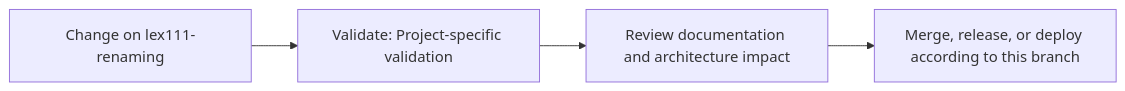
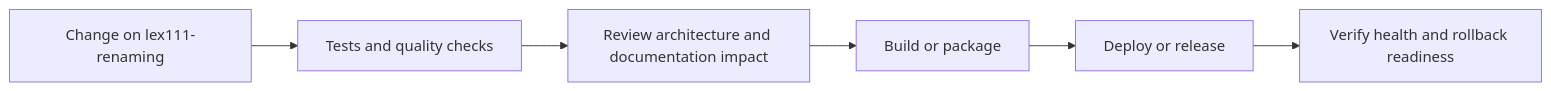
Before and after one commit to Nischhalsubba/developer-roadmap: the fourth of 5 diagrams in README.md, drawn with Mermaid. The commit also changed other lines of this file, not shown here.

````diff
--- a/README.md
+++ b/README.md
@@ -50,8 +118,8 @@
 ```mermaid
 flowchart LR
-    CHANGE["Change on lex111-renaming"]
-    CHECK["Validate: Project-specific validation"]
-    REVIEW["Review documentation and architecture impact"]
-    RELEASE["Merge, release, or deploy according to this branch"]
-    CHANGE --> CHECK --> REVIEW --> RELEASE
+    CHANGE["Change on lex111-renaming"] --> CHECK["Tests and quality checks"]
+    CHECK --> REVIEW["Review architecture and documentation impact"]
+    REVIEW --> BUILD["Build or package"]
+    BUILD --> DEPLOY["Deploy or release"]
+    DEPLOY --> VERIFY["Verify health and rollback readiness"]
 ```
````
